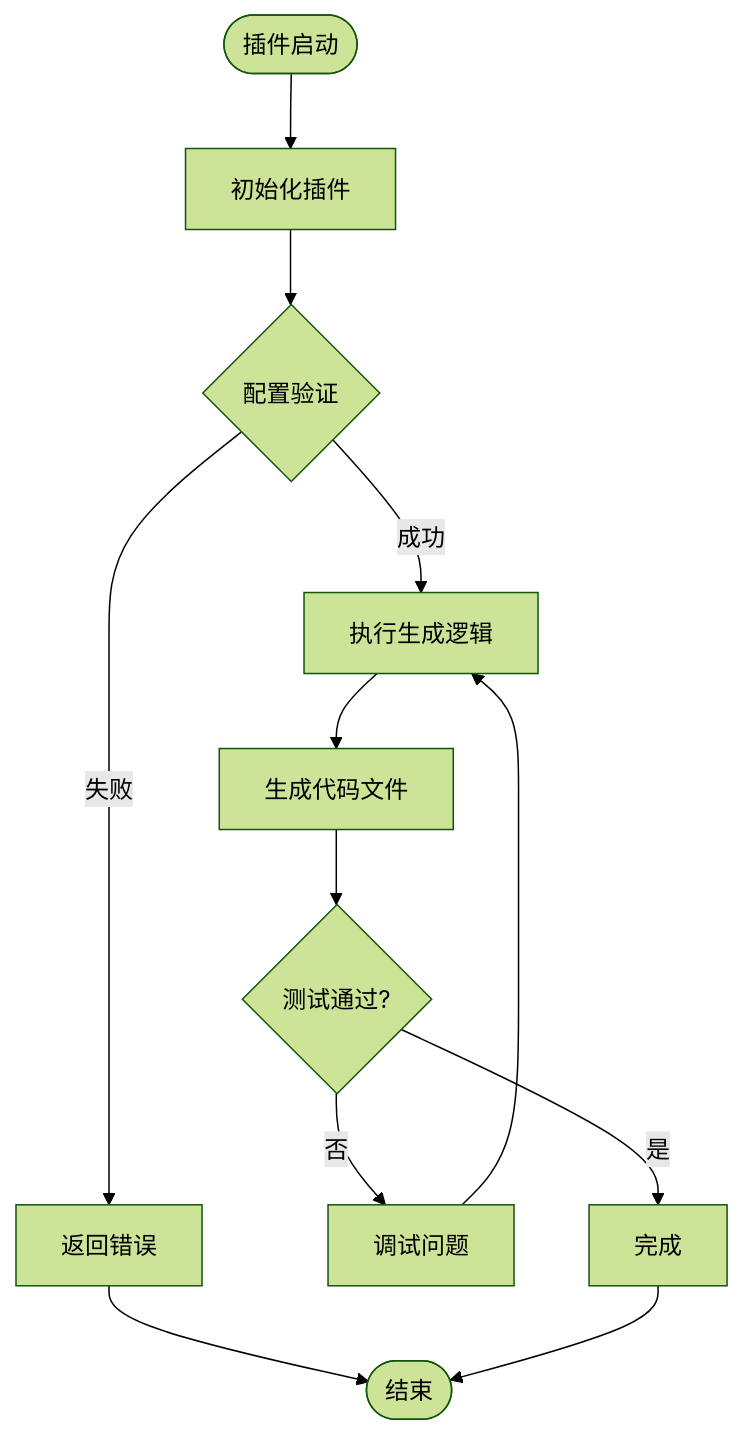
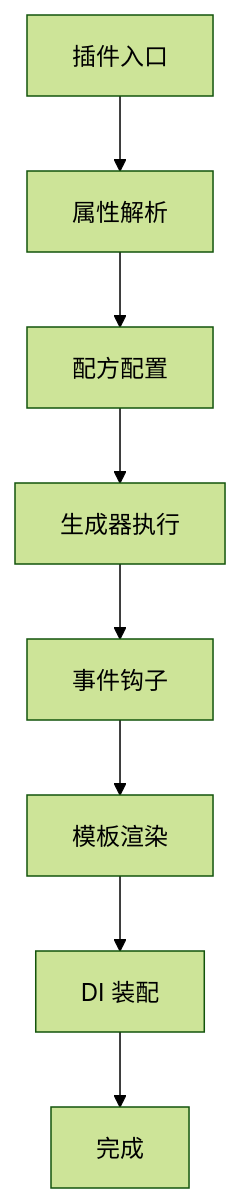
Before and after one commit to alivy/AutoCode: the eighth of 9 diagrams in .qoder/repowiki/zh/content/扩展开发/扩展开发.md, drawn with Mermaid (forest theme). The commit also changed other lines of this file and 279 other files, not shown here.

````diff
--- a/.qoder/repowiki/zh/content/扩展开发/扩展开发.md
+++ b/.qoder/repowiki/zh/content/扩展开发/扩展开发.md
@@ -214,14 +487,10 @@
 ```mermaid
 flowchart TD
-Start(["插件启动"]) --> Init["初始化插件"]
-Init --> Validate{"配置验证"}
-Validate --> |失败| Error["返回错误"]
-Validate --> |成功| Execute["执行生成逻辑"]
-Execute --> Generate["生成代码文件"]
-Generate --> Test{"测试通过?"}
-Test --> |否| Debug["调试问题"]
-Test --> |是| Complete["完成"]
-Error --> End(["结束"])
-Debug --> Execute
-Complete --> End
+PStart["插件入口"] --> Attr["属性解析"]
+Attr --> Config["配方配置"]
+Config --> Gen["生成器执行"]
+Gen --> Hook["事件钩子"]
+Hook --> Template["模板渲染"]
+Template --> DI["DI 装配"]
+DI --> PEnd["完成"]
 ```
````
